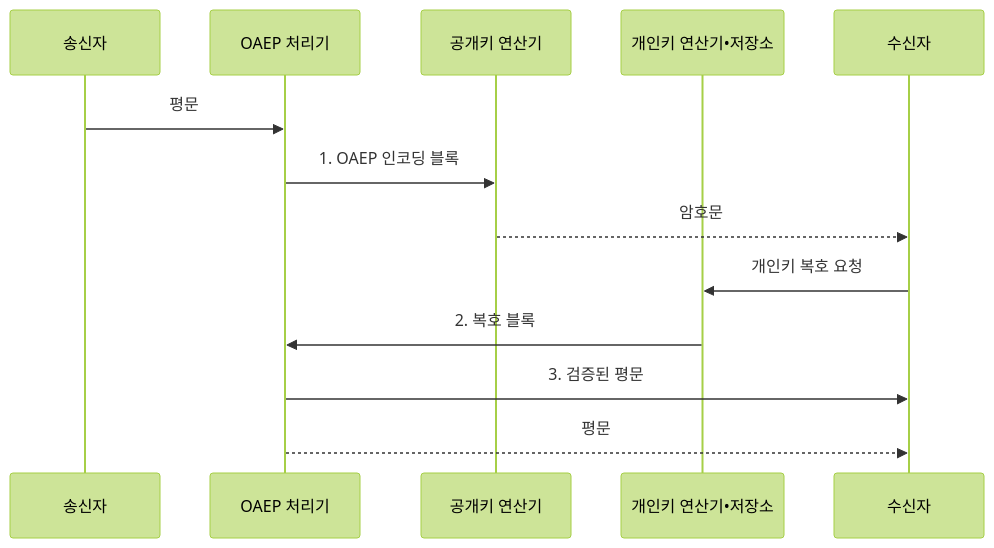
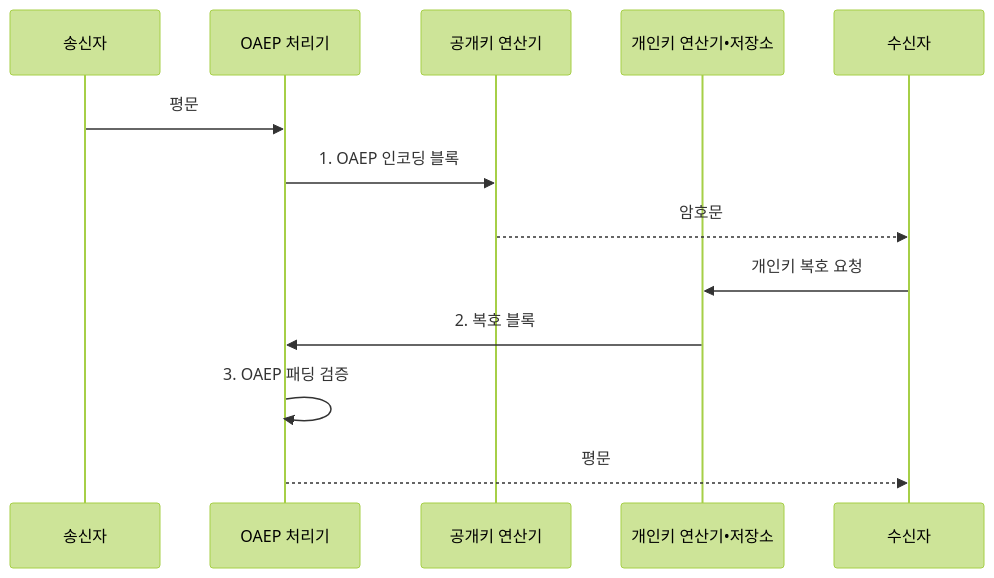
The second of 2 diagrams in src/content/docs/notes/01-basic-theory/059_crypto_math_rsa.md (agnusdei1207/knowledge-base), drawn with Mermaid (forest theme) before and after one commit. The commit also changed other lines of this file and 11 other files, not shown here.

````diff
--- a/src/content/docs/notes/01-basic-theory/059_crypto_math_rsa.md
+++ b/src/content/docs/notes/01-basic-theory/059_crypto_math_rsa.md
@@ -103,15 +103,15 @@
 ```mermaid
 sequenceDiagram
     participant A as 송신자
     participant O as OAEP 처리기
     participant X as 공개키 연산기
     participant H as 개인키 연산기•저장소
     participant B as 수신자
     A->>O: 평문
     O->>X: 1. OAEP 인코딩 블록
     X-->>B: 암호문
     B->>H: 개인키 복호 요청
     H->>O: 2. 복호 블록
-    O->>B: 3. 검증된 평문
+    O->>O: 3. OAEP 패딩 검증
     O-->>B: 평문
 ```
````
